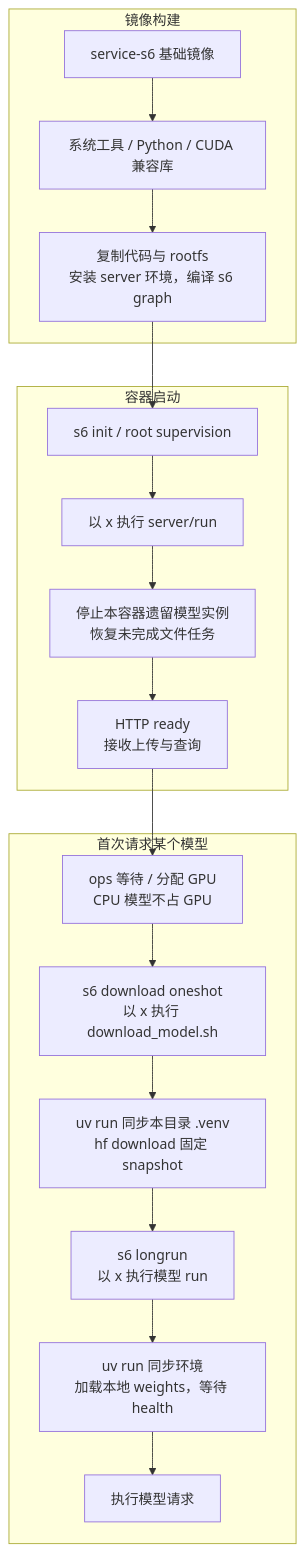
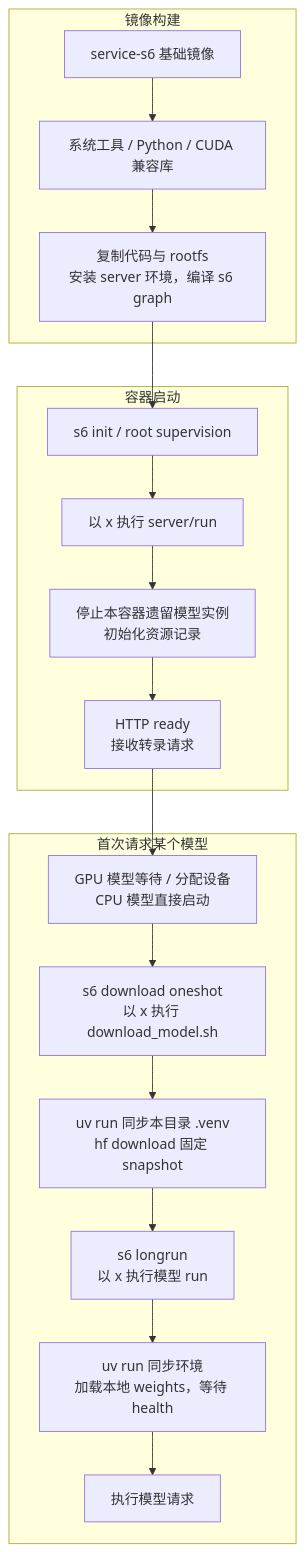
One commit to curoky/codespace changed the second of 5 diagrams in platform/container/services/asr/DESIGN.md. Above: the diagram before and after it, drawn with Mermaid. The commit also changed other lines of this file and 65 other files, not shown here.

````diff
--- a/platform/container/services/asr/DESIGN.md
+++ b/platform/container/services/asr/DESIGN.md
@@ -103,21 +104,21 @@
 ```mermaid
 flowchart TD
     subgraph Build[镜像构建]
         B1[service-s6 基础镜像] --> B2[系统工具 / Python / CUDA 兼容库]
         B2 --> B3[复制代码与 rootfs<br/>安装 server 环境，编译 s6 graph]
     end
     subgraph Boot[容器启动]
         B3 --> I[s6 init / root supervision]
         I --> S[以 x 执行 server/run]
-        S --> R[停止本容器遗留模型实例<br/>恢复未完成文件任务]
-        R --> H[HTTP ready<br/>接收上传与查询]
+        S --> R[停止本容器遗留模型实例<br/>初始化资源记录]
+        R --> H[HTTP ready<br/>接收转录请求]
     end
     subgraph Demand[首次请求某个模型]
-        H --> A[ops 等待 / 分配 GPU<br/>CPU 模型不占 GPU]
+        H --> A[GPU 模型等待 / 分配设备<br/>CPU 模型直接启动]
         A --> D[s6 download oneshot<br/>以 x 执行 download_model.sh]
         D --> U[uv run 同步本目录 .venv<br/>hf download 固定 snapshot]
         U --> M[s6 longrun<br/>以 x 执行模型 run]
         M --> V[uv run 同步环境<br/>加载本地 weights，等待 health]
         V --> Q[执行模型请求]
     end
 ```
````
